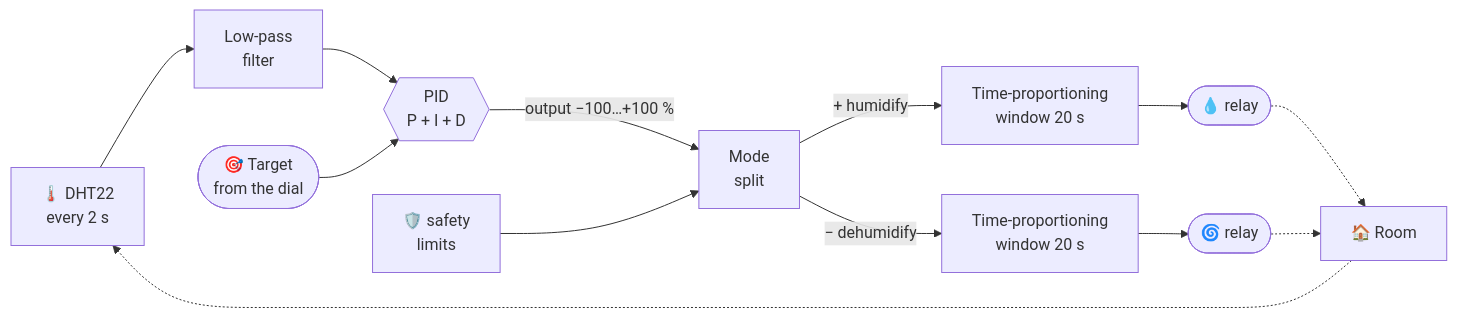
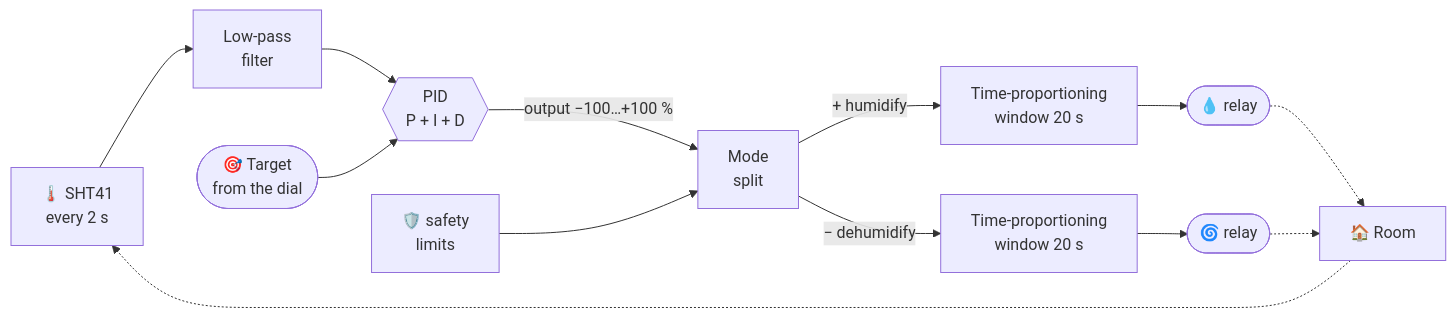
One commit to Am4l-babu/humidity-controller changed the second of 3 diagrams in README.md. Above: the diagram before and after it, drawn with Mermaid. The commit also changed other lines of this file and 3 other files, not shown here.

````diff
--- a/README.md
+++ b/README.md
@@ -193,15 +193,15 @@
 ```mermaid
 flowchart LR
-    S["🌡️ DHT22<br/>every 2 s"] --> F["Low-pass<br/>filter"]
+    S["🌡️ SHT41<br/>every 2 s"] --> F["Low-pass<br/>filter"]
     F --> P{{"PID<br/>P + I + D"}}
     SP(["🎯 Target<br/>from the dial"]) --> P
     P -- "output −100…+100 %" --> M["Mode<br/>split"]
     M -- "+ humidify" --> W1["Time-proportioning<br/>window 20 s"]
     M -- "− dehumidify" --> W2["Time-proportioning<br/>window 20 s"]
     W1 --> H(["💧 relay"])
     W2 --> D(["🌀 relay"])
     H -.-> R["🏠 Room"]
     D -.-> R
     R -.-> S
     LIM["🛡️ safety<br/>limits"] --> M
 ```
````
